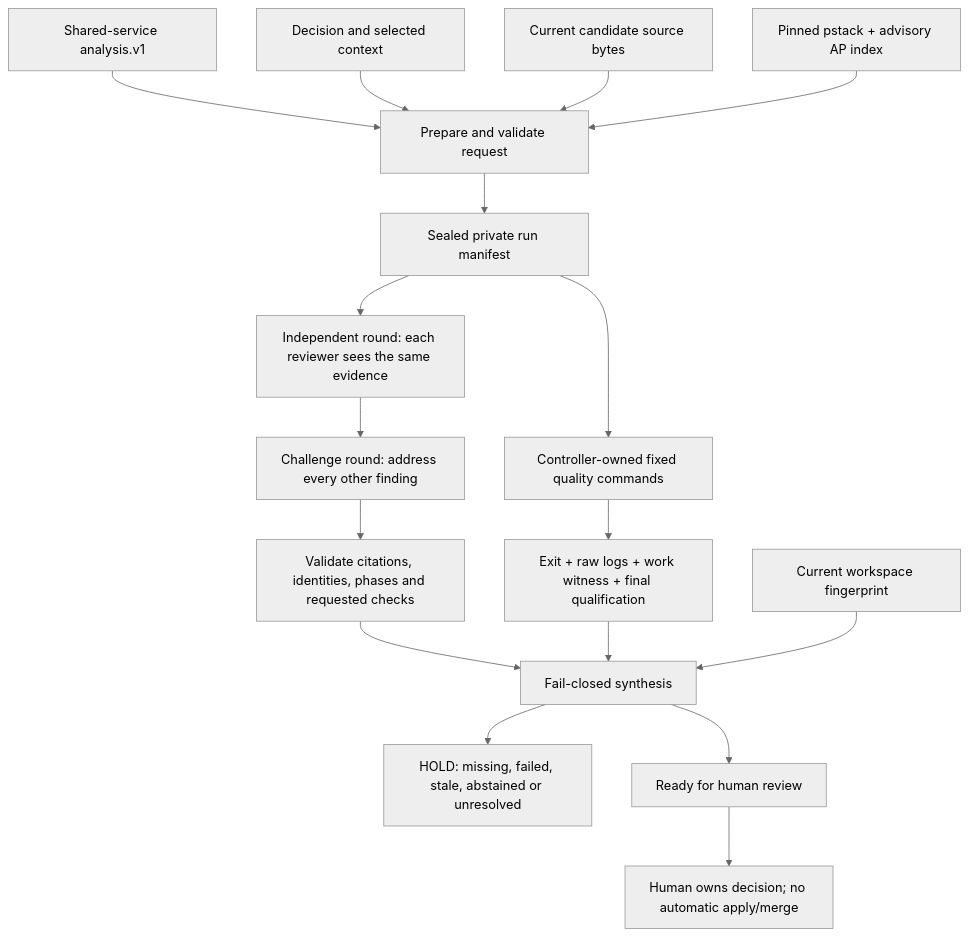
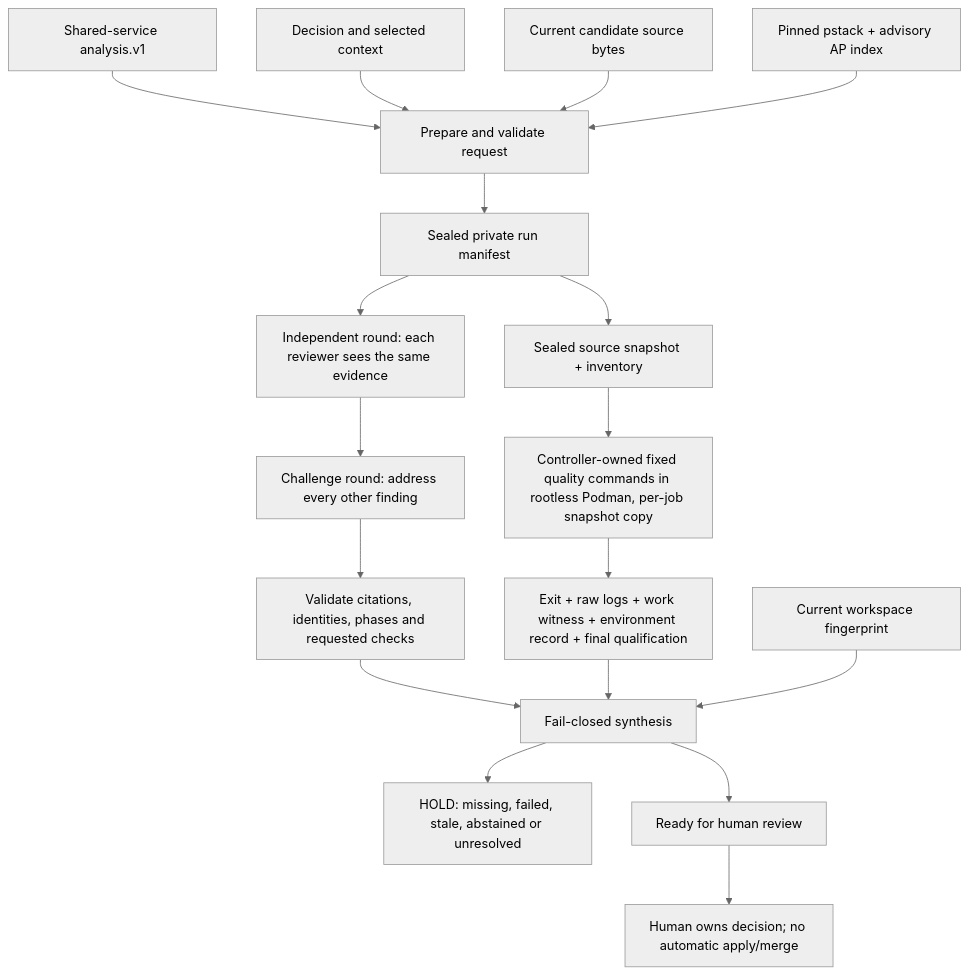
The first of 2 diagrams in docs/REVIEW_COUNCIL.md (Louranicas/deep-diff-forge), drawn with Mermaid (neutral theme) before and after one commit. The commit also changed other lines of this file and 10 other files, not shown here.

````diff
--- a/docs/REVIEW_COUNCIL.md
+++ b/docs/REVIEW_COUNCIL.md
@@ -42,19 +42,20 @@
 ```mermaid
 flowchart TD
   A[Shared-service analysis.v1] --> P[Prepare and validate request]
   D[Decision and selected context] --> P
   S[Current candidate source bytes] --> P
   X[Pinned pstack + advisory AP index] --> P
   P --> M[Sealed private run manifest]
   M --> I[Independent round: each reviewer sees the same evidence]
   I --> C[Challenge round: address every other finding]
-  M --> Q[Controller-owned fixed quality commands]
+  M --> N[Sealed source snapshot + inventory]
+  N --> Q[Controller-owned fixed quality commands in rootless Podman, per-job snapshot copy]
   C --> V[Validate citations, identities, phases and requested checks]
-  Q --> E[Exit + raw logs + work witness + final qualification]
+  Q --> E[Exit + raw logs + work witness + environment record + final qualification]
   V --> J[Fail-closed synthesis]
   E --> J
   T[Current workspace fingerprint] --> J
   J --> H[HOLD: missing, failed, stale, abstained or unresolved]
   J --> R[Ready for human review]
   R --> O[Human owns decision; no automatic apply/merge]
 ```
````
